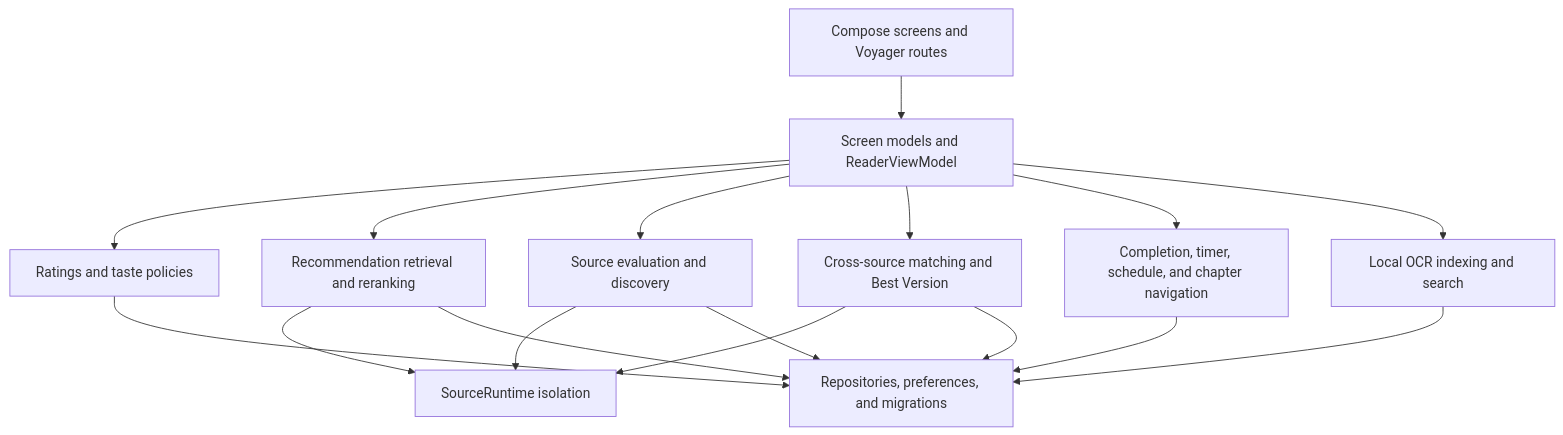
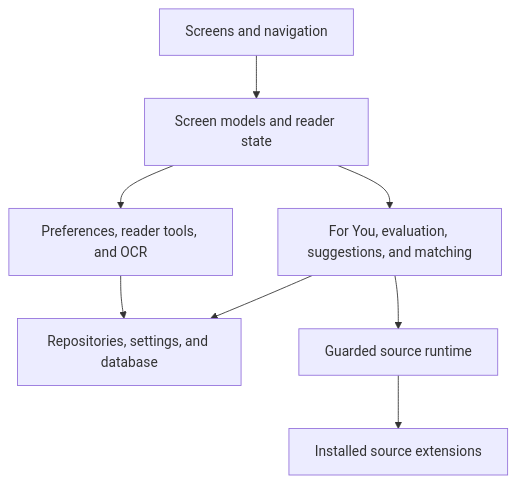
The second of 6 diagrams in docs/kmk/architecture.md (FancyCorey/komikku-KMK), drawn with Mermaid before and after one commit. The commit also changed other lines of this file and 4 other files, not shown here.

Commit message:
Simplify public architecture diagrams

````diff
--- a/docs/kmk/architecture.md
+++ b/docs/kmk/architecture.md
@@ -23,19 +23,10 @@
 ```mermaid
 flowchart TD
-    Screens["Compose screens and Voyager routes"] --> Models["Screen models and ReaderViewModel"]
-    Models --> Taste["Ratings and taste policies"]
-    Models --> Retrieval["Recommendation retrieval and reranking"]
-    Models --> Evaluation["Source evaluation and discovery"]
-    Models --> Matching["Cross-source matching and Best Version"]
-    Models --> Reader["Completion, timer, schedule, and chapter navigation"]
-    Models --> OCR["Local OCR indexing and search"]
-    Taste --> Persistence["Repositories, preferences, and migrations"]
-    Retrieval --> SourceRuntime["SourceRuntime isolation"]
-    Evaluation --> SourceRuntime
-    Matching --> SourceRuntime
-    Retrieval --> Persistence
-    Evaluation --> Persistence
-    Matching --> Persistence
-    Reader --> Persistence
-    OCR --> Persistence
+    Screens["Screens and navigation"] --> Owners["Screen models and reader state"]
+    Owners --> Local["Preferences, reader tools, and OCR"]
+    Owners --> SourceWork["For You, evaluation, suggestions, and matching"]
+    Local --> Storage["Repositories, settings, and database"]
+    SourceWork --> Runtime["Guarded source runtime"]
+    Runtime --> Extensions["Installed source extensions"]
+    SourceWork --> Storage
 ```
````
